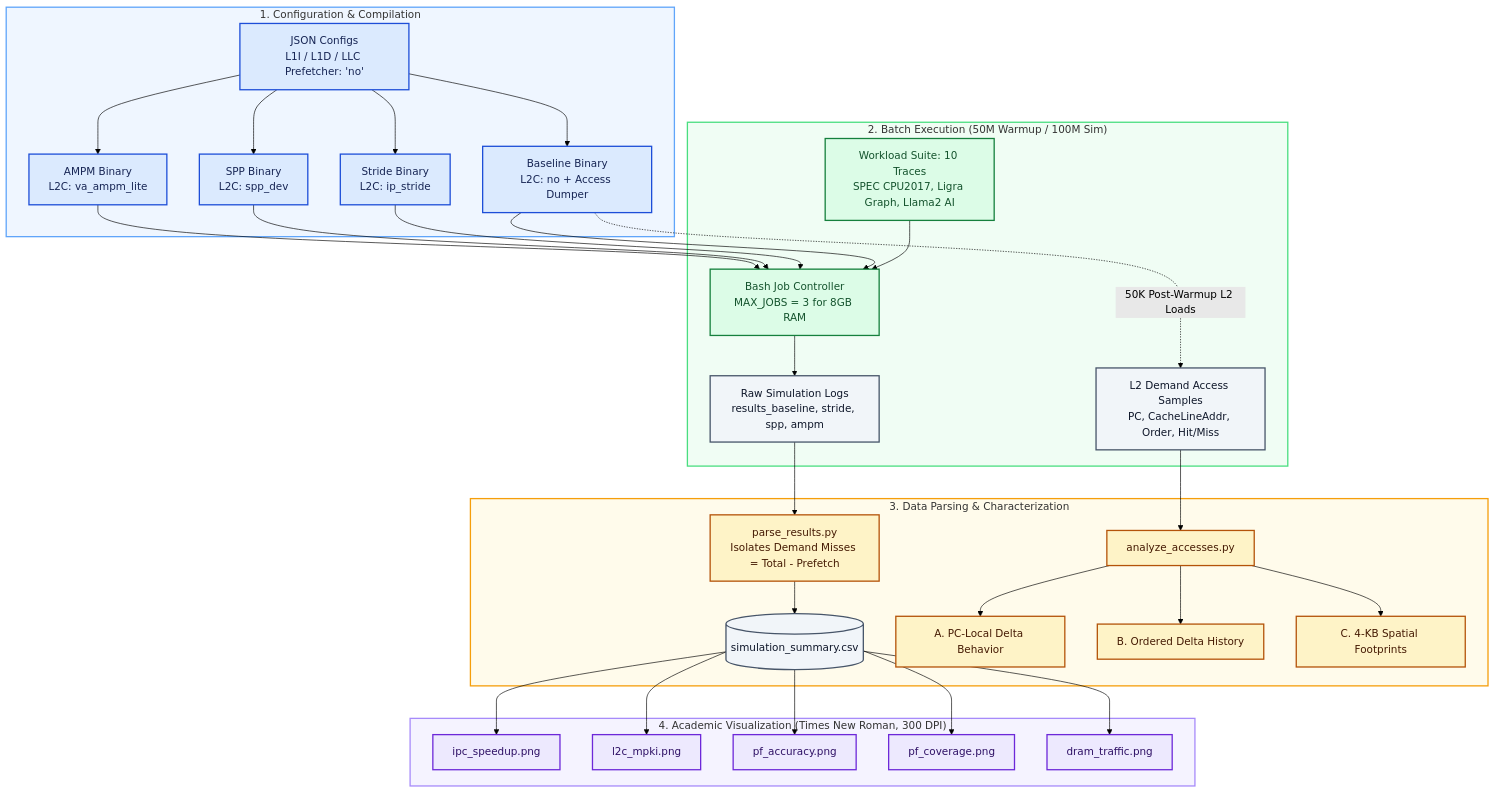
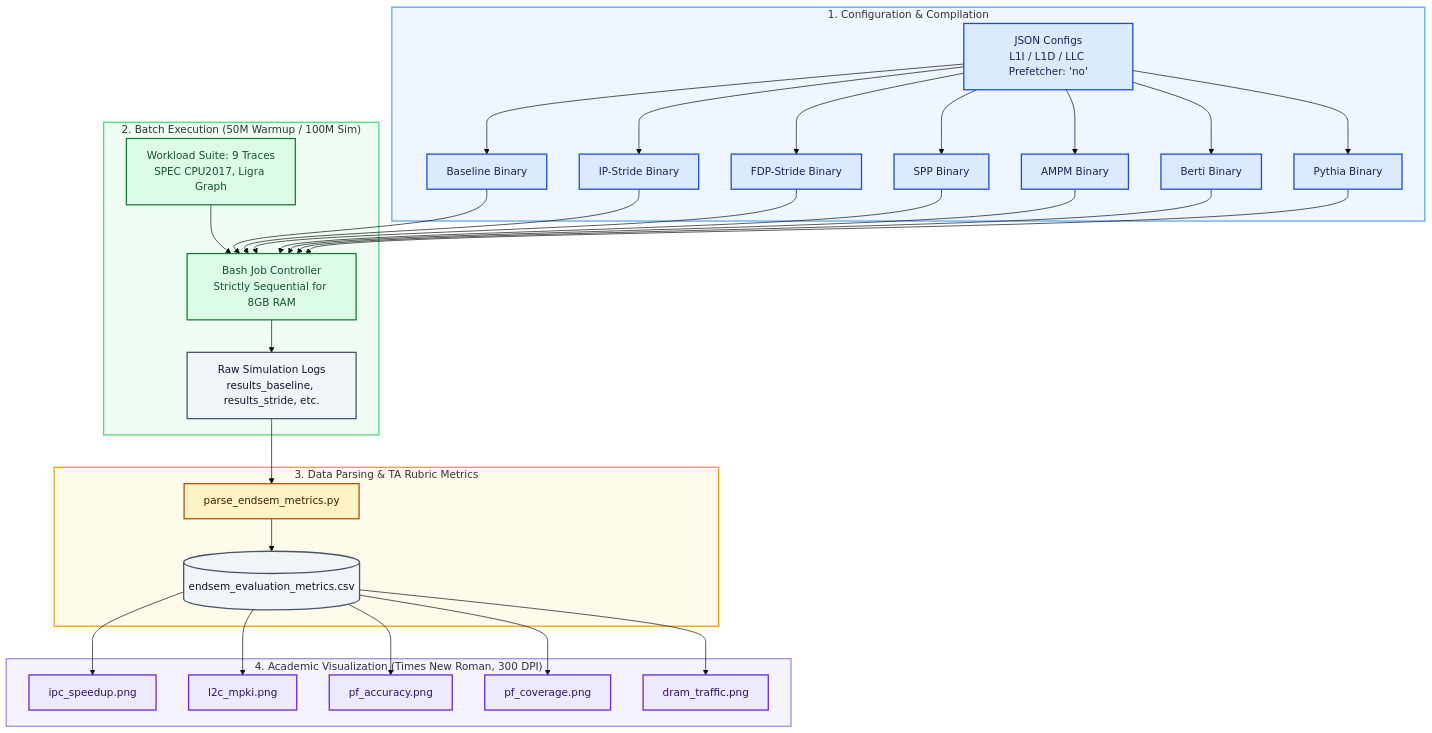
The diagram in README.md (debarshiroy-056/CA_Project_Hardware_Prefetcher), drawn with Mermaid (forest theme) before and after one commit. The commit also changed other lines of this file and 1 other file, not shown here.

````diff
--- a/README.md
+++ b/README.md
@@ -17,50 +17,48 @@
 ```mermaid
 flowchart TD
     subgraph S1["1. Configuration & Compilation"]
-        A[JSON Configs<br/>L1I / L1D / LLC Prefetcher: 'no'] --> B1[Baseline Binary<br/>L2C: no + Access Dumper]
-        A --> B2[Stride Binary<br/>L2C: ip_stride]
-        A --> B3[SPP Binary<br/>L2C: spp_dev]
-        A --> B4[AMPM Binary<br/>L2C: va_ampm_lite]
+        A[JSON Configs<br/>L1I / L1D / LLC Prefetcher: 'no'] --> B1[Baseline Binary]
+        A --> B2[IP-Stride Binary]
+        A --> B3[FDP-Stride Binary]
+        A --> B4[SPP Binary]
+        A --> B5[AMPM Binary]
+        A --> B6[Berti Binary]
+        A --> B7[Pythia Binary]
     end
 
     subgraph S2["2. Batch Execution (50M Warmup / 100M Sim)"]
-        W[Workload Suite: 10 Traces<br/>SPEC CPU2017, Ligra Graph, Llama2 AI] --> E[Bash Job Controller<br/>MAX_JOBS = 3 for 8GB RAM]
-        B1 & B2 & B3 & B4 --> E
-        E --> R[Raw Simulation Logs<br/>results_baseline, stride, spp, ampm]
-        B1 -.->|50K Post-Warmup L2 Loads| D[L2 Demand Access Samples<br/>PC, CacheLineAddr, Order, Hit/Miss]
+        W[Workload Suite: 9 Traces<br/>SPEC CPU2017, Ligra Graph] --> E[Bash Job Controller<br/>Strictly Sequential for 8GB RAM]
+        B1 & B2 & B3 & B4 & B5 & B6 & B7 --> E
+        E --> R[Raw Simulation Logs<br/>results_baseline, results_stride, etc.]
     end
 
-    subgraph S3["3. Data Parsing & Characterization"]
-        R --> P[parse_results.py<br/>Isolates Demand Misses = Total - Prefetch]
-        P --> CSV[(simulation_summary.csv)]
-        D --> C[analyze_accesses.py]
-        C --> C1[A. PC-Local Delta Behavior]
-        C --> C2[B. Ordered Delta History]
-        C --> C3[C. 4-KB Spatial Footprints]
+    subgraph S3["3. Data Parsing & TA Rubric Metrics"]
+        R --> P[parse_endsem_metrics.py]
+        P --> CSV[(endsem_evaluation_metrics.csv)]
     end
 
     subgraph S4["4. Academic Visualization (Times New Roman, 300 DPI)"]
         CSV --> V1[ipc_speedup.png]
         CSV --> V2[l2c_mpki.png]
         CSV --> V3[pf_accuracy.png]
         CSV --> V4[pf_coverage.png]
         CSV --> V5[dram_traffic.png]
     end
 
     classDef config fill:#dbeafe,stroke:#1d4ed8,color:#172554,stroke-width:2px
     classDef execution fill:#dcfce7,stroke:#15803d,color:#14532d,stroke-width:2px
     classDef analysis fill:#fef3c7,stroke:#b45309,color:#451a03,stroke-width:2px
     classDef visualization fill:#ede9fe,stroke:#6d28d9,color:#2e1065,stroke-width:2px
     classDef data fill:#f1f5f9,stroke:#475569,color:#0f172a,stroke-width:2px
 
-    class A,B1,B2,B3,B4 config
+    class A,B1,B2,B3,B4,B5,B6,B7 config
     class W,E execution
-    class R,D,CSV data
-    class P,C,C1,C2,C3 analysis
+    class R,CSV data
+    class P analysis
     class V1,V2,V3,V4,V5 visualization
 
     style S1 fill:#eff6ff,stroke:#60a5fa,stroke-width:2px
     style S2 fill:#f0fdf4,stroke:#4ade80,stroke-width:2px
     style S3 fill:#fffbeb,stroke:#f59e0b,stroke-width:2px
     style S4 fill:#f5f3ff,stroke:#a78bfa,stroke-width:2px
 ```
````
